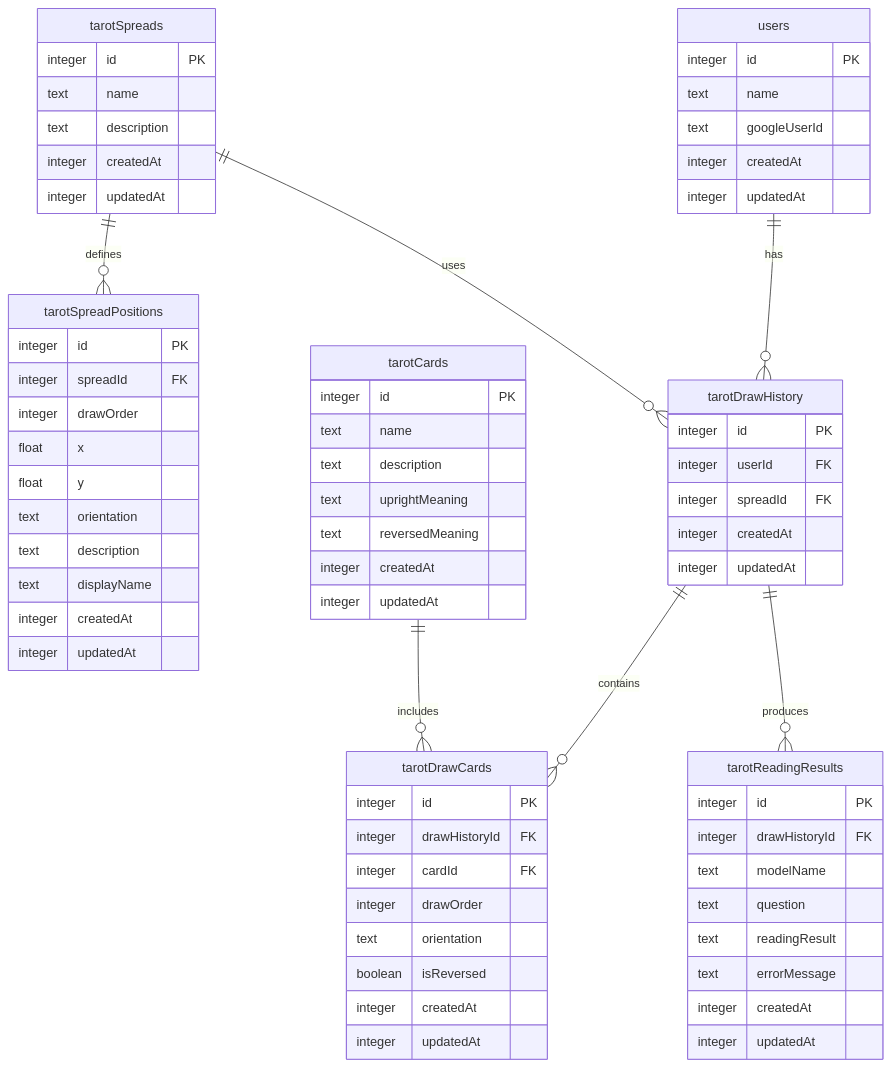
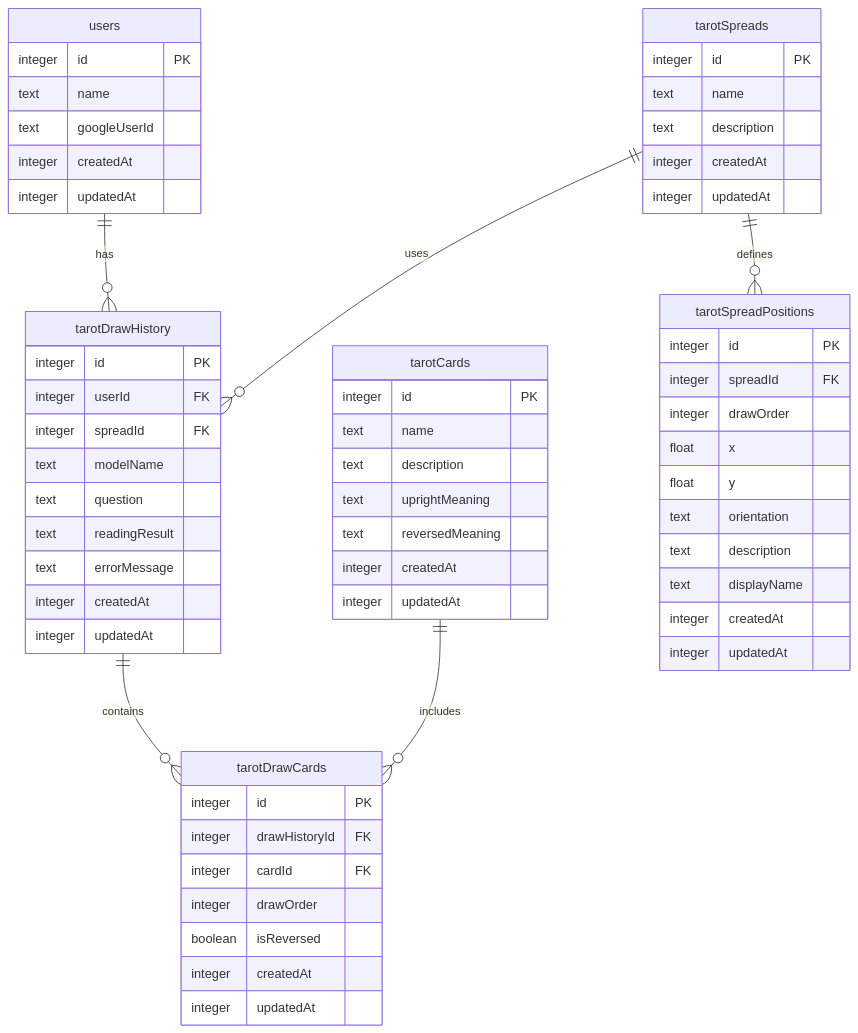
One commit to himanushi/ai-tarot changed the diagram in README.md. Above: the diagram before and after it, drawn with Mermaid.

Commit message:
README.mdのスキーマ更新

````diff
--- a/README.md
+++ b/README.md
@@ -3,79 +3,70 @@
 ```mermaid
 erDiagram
     users {
         integer id PK
         text name
         text googleUserId
         integer createdAt
         integer updatedAt
     }
 
     tarotSpreads {
         integer id PK
         text name
         text description
         integer createdAt
         integer updatedAt
     }
 
     tarotSpreadPositions {
         integer id PK
         integer spreadId FK
         integer drawOrder
         float x
         float y
         text orientation
         text description
         text displayName
         integer createdAt
         integer updatedAt
     }
 
     tarotCards {
         integer id PK
         text name
         text description
         text uprightMeaning
         text reversedMeaning
         integer createdAt
         integer updatedAt
     }
 
     tarotDrawHistory {
         integer id PK
         integer userId FK
         integer spreadId FK
+        text modelName
+        text question
+        text readingResult
+        text errorMessage
         integer createdAt
         integer updatedAt
     }
 
     tarotDrawCards {
         integer id PK
         integer drawHistoryId FK
         integer cardId FK
         integer drawOrder
-        text orientation
         boolean isReversed
-        integer createdAt
-        integer updatedAt
-    }
-
-    tarotReadingResults {
-        integer id PK
-        integer drawHistoryId FK
-        text modelName
-        text question
-        text readingResult
-        text errorMessage
         integer createdAt
         integer updatedAt
     }
 
     users ||--o{ tarotDrawHistory : "has"
     tarotSpreads ||--o{ tarotDrawHistory : "uses"
     tarotSpreads ||--o{ tarotSpreadPositions : "defines"
     tarotDrawHistory ||--o{ tarotDrawCards : "contains"
     tarotCards ||--o{ tarotDrawCards : "includes"
-    tarotDrawHistory ||--o{ tarotReadingResults : "produces"
 
 ```
````
